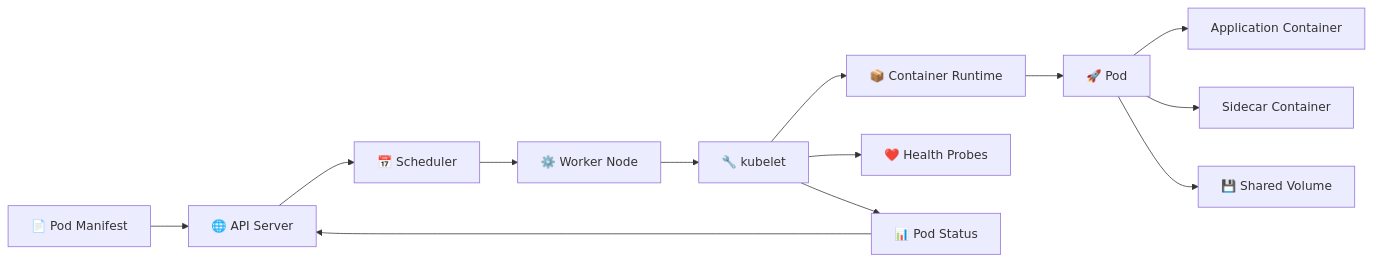
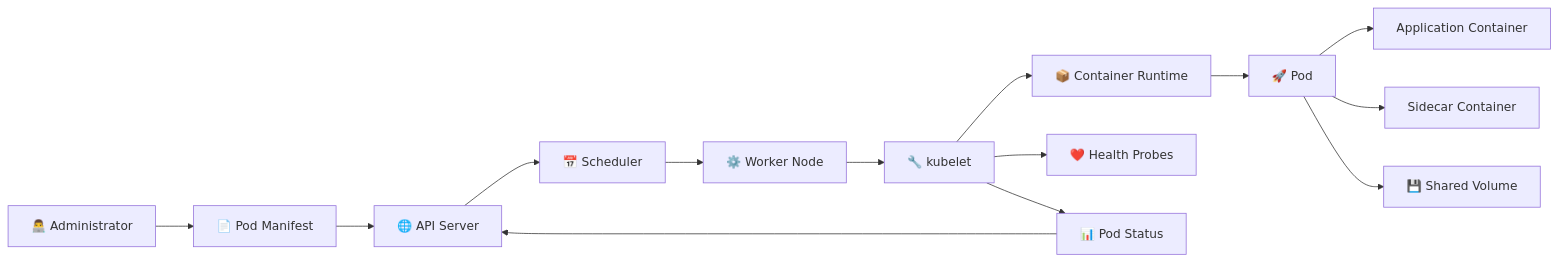
Before and after one commit to b-ShakeriFard/dev-ops: the diagram in 02-Kubernetes/02-Pods/README.md, drawn with Mermaid. The commit also changed other lines of this file, not shown here.

````diff
--- a/02-Kubernetes/02-Pods/README.md
+++ b/02-Kubernetes/02-Pods/README.md
@@ -7,17 +15,18 @@
 ```mermaid
 flowchart LR
-    YAML[📄 Pod Manifest] --> API[🌐 API Server]
+    USER[👨‍💻 Administrator] --> YAML[📄 Pod Manifest]
+    YAML --> API[🌐 API Server]
     API --> SCHED[📅 Scheduler]
     SCHED --> NODE[⚙️ Worker Node]
     NODE --> KUBELET[🔧 kubelet]
     KUBELET --> RUNTIME[📦 Container Runtime]
     RUNTIME --> POD[🚀 Pod]
 
     POD --> APP[Application Container]
     POD --> SIDE[Sidecar Container]
     POD --> VOL[💾 Shared Volume]
 
-    KUBELET --> HEALTH[❤️ Health Probes]
+    KUBELET --> PROBES[❤️ Health Probes]
     KUBELET --> STATUS[📊 Pod Status]
     STATUS --> API
 ```
````
